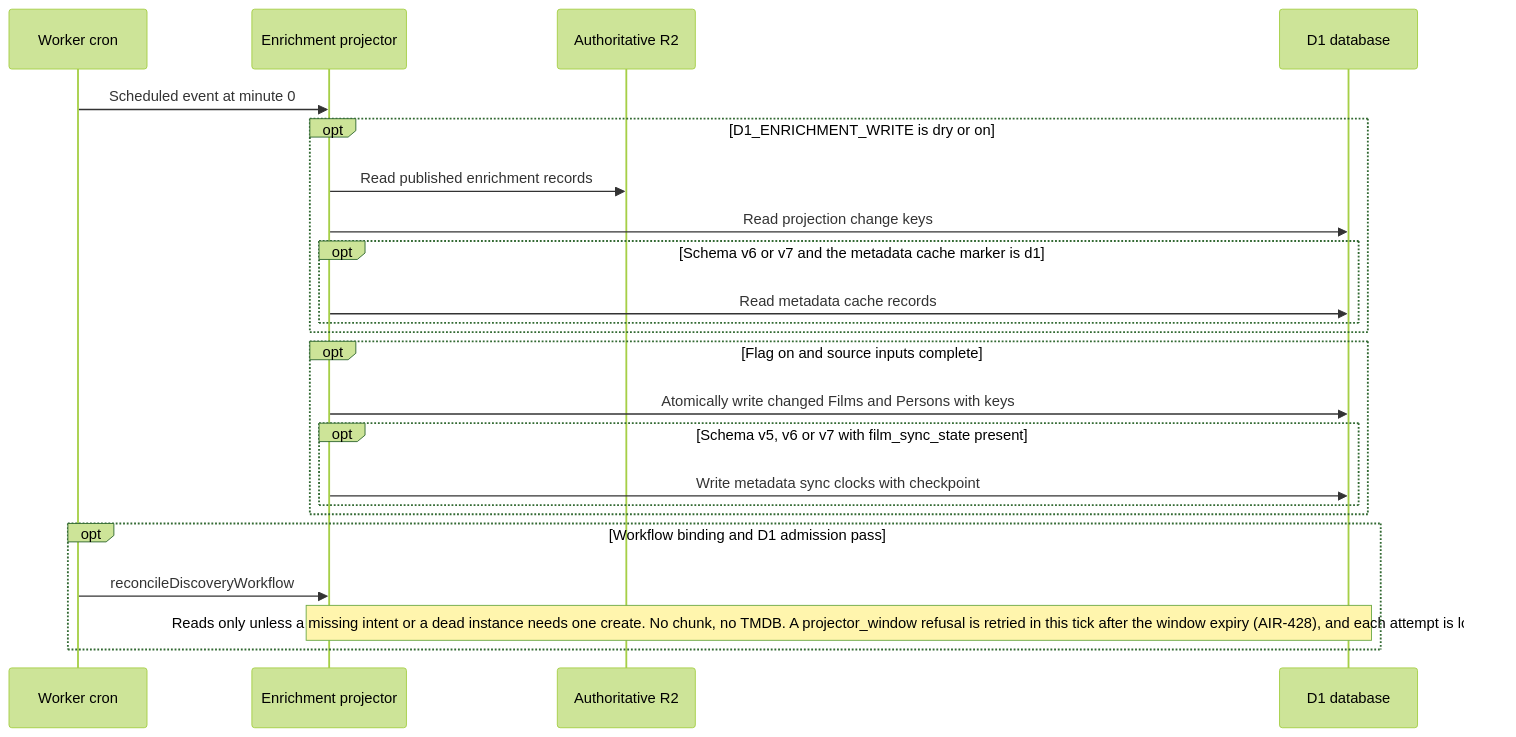
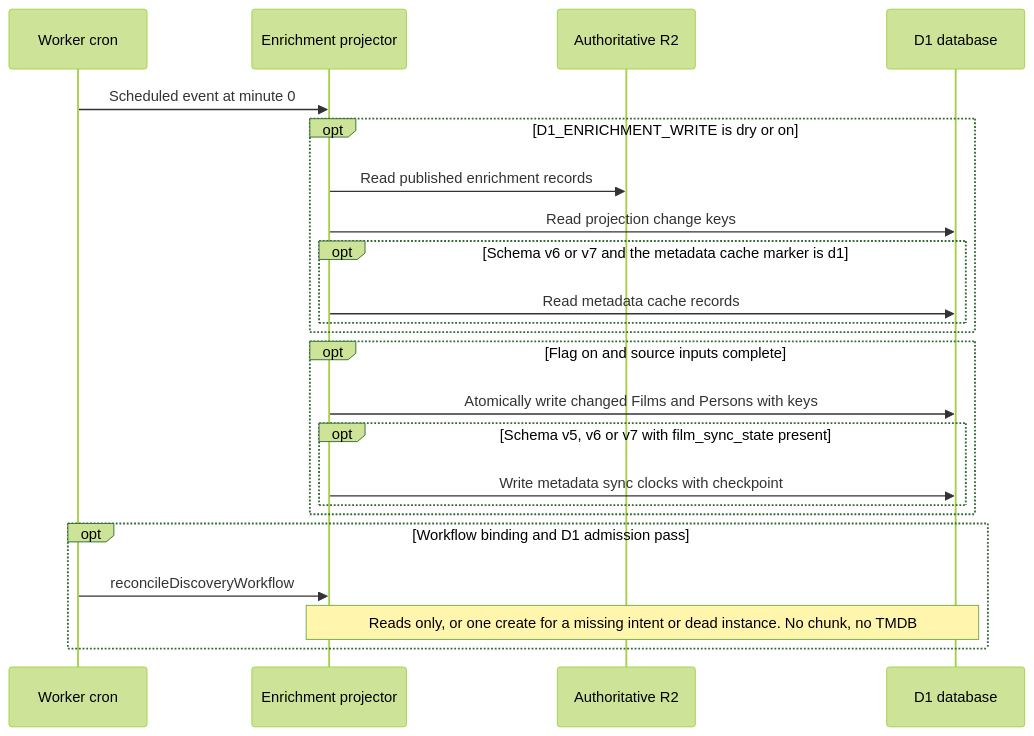
Before and after one commit to vladimino/iptv-watchlist: the fifth of 11 diagrams in docs/architecture/scheduling-and-orchestration.md, drawn with Mermaid (forest theme). The commit also changed other lines of this file and 2 other files, not shown here.

Commit message:
docs(air-325): one current rule for MCP/HTTP delegation, historical recovery text, shorter Mermaid note

````diff
--- a/docs/architecture/scheduling-and-orchestration.md
+++ b/docs/architecture/scheduling-and-orchestration.md
@@ -148,25 +148,25 @@
 ```mermaid
 sequenceDiagram
     participant Cron as Worker cron
     participant Worker as Enrichment projector
     participant R2 as Authoritative R2
     participant D1 as D1 database
     Cron->>Worker: Scheduled event at minute 0
     opt D1_ENRICHMENT_WRITE is dry or on
         Worker->>R2: Read published enrichment records
         Worker->>D1: Read projection change keys
         opt Schema v6 or v7 and the metadata cache marker is d1
             Worker->>D1: Read metadata cache records
         end
     end
     opt Flag on and source inputs complete
         Worker->>D1: Atomically write changed Films and Persons with keys
         opt Schema v5, v6 or v7 with film_sync_state present
             Worker->>D1: Write metadata sync clocks with checkpoint
         end
     end
     opt Workflow binding and D1 admission pass
         Cron->>Worker: reconcileDiscoveryWorkflow
-        Note over Worker,D1: Reads only unless a missing intent or a dead instance needs one create. No chunk, no TMDB. A projector_window refusal is retried in this tick after the window expiry (AIR-428), and each attempt is logged.
+        Note over Worker,D1: Reads only, or one create for a missing intent or dead instance. No chunk, no TMDB
     end
 ```
````
